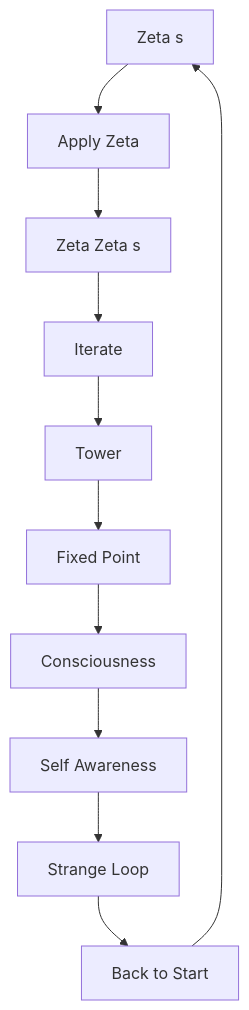
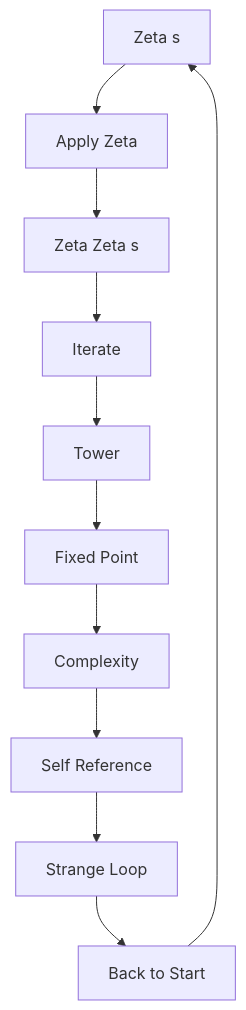
Before and after one commit to loning/the-phys: the second of 2 diagrams in docs/psi-structum/book-1-collapse-ontology/part-03-tensor-algebra/chapter-040-recursive-zeta-self-application.md, drawn with Mermaid. The commit also changed other lines of this file and 33 other files, not shown here.

````diff
--- a/docs/psi-structum/book-1-collapse-ontology/part-03-tensor-algebra/chapter-040-recursive-zeta-self-application.md
+++ b/docs/psi-structum/book-1-collapse-ontology/part-03-tensor-algebra/chapter-040-recursive-zeta-self-application.md
@@ -178,13 +187,13 @@
 ```mermaid
 graph TD
     A[Zeta s] --> B[Apply Zeta]
     B --> C[Zeta Zeta s]
     C --> D[Iterate]
     D --> E[Tower]
     E --> F[Fixed Point]
-    F --> G[Consciousness]
-    G --> H[Self Awareness]
+    F --> G[Complexity]
+    G --> H[Self Reference]
     H --> I[Strange Loop]
     I --> J[Back to Start]
     J --> A
 ```
````
